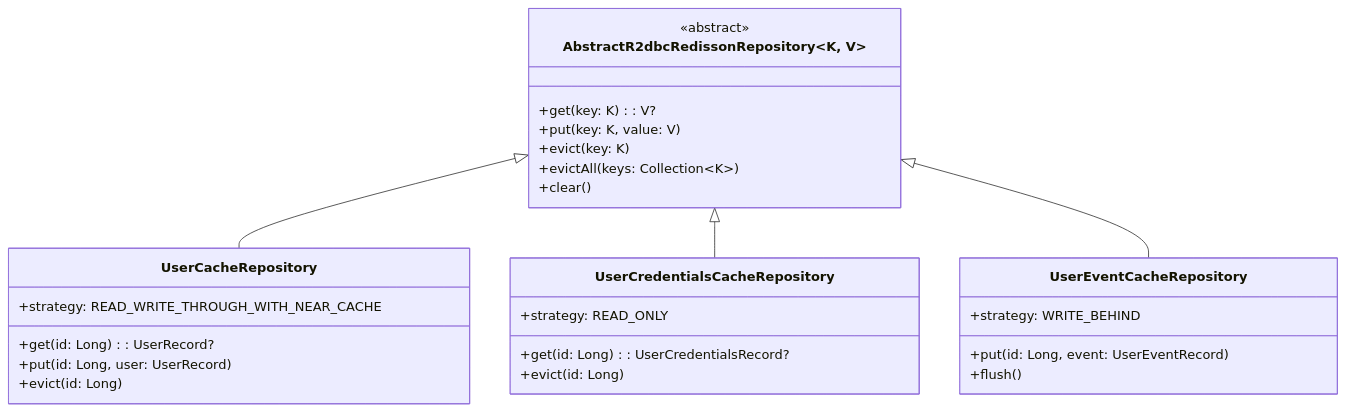
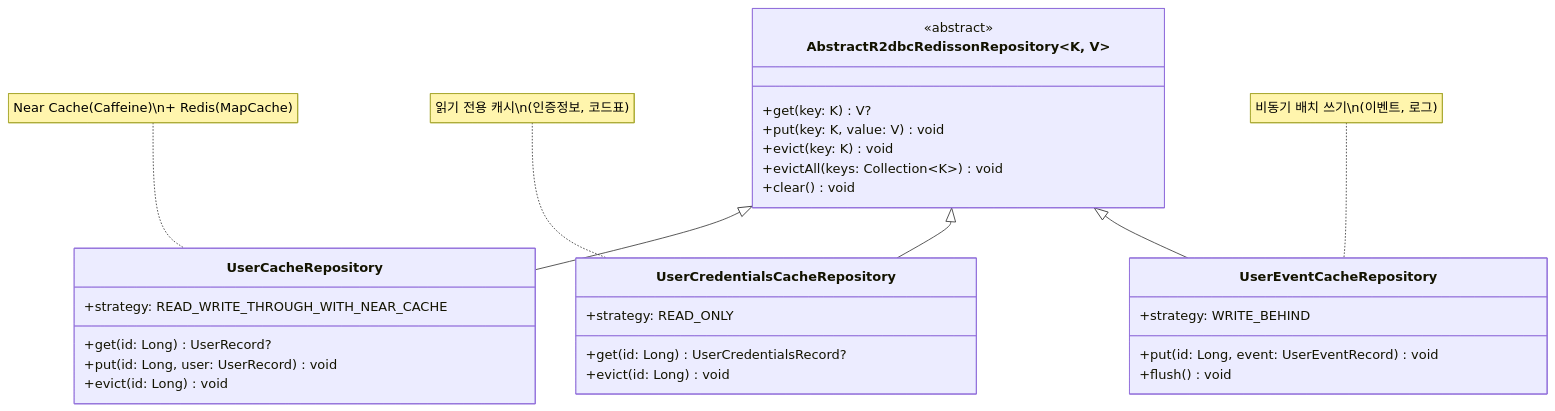
The first of 4 diagrams in 11-high-performance/02-cache-strategies-r2dbc/README.md (bluetape4k/exposed-r2dbc-workshop), drawn with Mermaid before and after one commit. The commit also changed other lines of this file, not shown here.

Commit message:
docs(02-cache-strategies-r2dbc): Mermaid 다이어그램 개선 (classDiagram, flowchart, 전략 비교)

````diff
--- a/11-high-performance/02-cache-strategies-r2dbc/README.md
+++ b/11-high-performance/02-cache-strategies-r2dbc/README.md
@@ -34,31 +34,38 @@
 ```mermaid
 classDiagram
     class AbstractR2dbcRedissonRepository~K, V~ {
         <<abstract>>
-        +get(key: K): V?
-        +put(key: K, value: V)
-        +evict(key: K)
-        +evictAll(keys: Collection~K~)
-        +clear()
+        +get(key: K) V?
+        +put(key: K, value: V) void
+        +evict(key: K) void
+        +evictAll(keys: Collection~K~) void
+        +clear() void
     }
+
     class UserCacheRepository {
         +strategy: READ_WRITE_THROUGH_WITH_NEAR_CACHE
-        +get(id: Long): UserRecord?
-        +put(id: Long, user: UserRecord)
-        +evict(id: Long)
+        +get(id: Long) UserRecord?
+        +put(id: Long, user: UserRecord) void
+        +evict(id: Long) void
     }
+
     class UserCredentialsCacheRepository {
         +strategy: READ_ONLY
-        +get(id: Long): UserCredentialsRecord?
-        +evict(id: Long)
+        +get(id: Long) UserCredentialsRecord?
+        +evict(id: Long) void
     }
+
     class UserEventCacheRepository {
         +strategy: WRITE_BEHIND
-        +put(id: Long, event: UserEventRecord)
-        +flush()
+        +put(id: Long, event: UserEventRecord) void
+        +flush() void
     }
 
     AbstractR2dbcRedissonRepository <|-- UserCacheRepository
     AbstractR2dbcRedissonRepository <|-- UserCredentialsCacheRepository
     AbstractR2dbcRedissonRepository <|-- UserEventCacheRepository
+
+    note for UserCacheRepository "Near Cache(Caffeine)\n+ Redis(MapCache)"
+    note for UserCredentialsCacheRepository "읽기 전용 캐시\n(인증정보, 코드표)"
+    note for UserEventCacheRepository "비동기 배치 쓰기\n(이벤트, 로그)"
 ```
````
